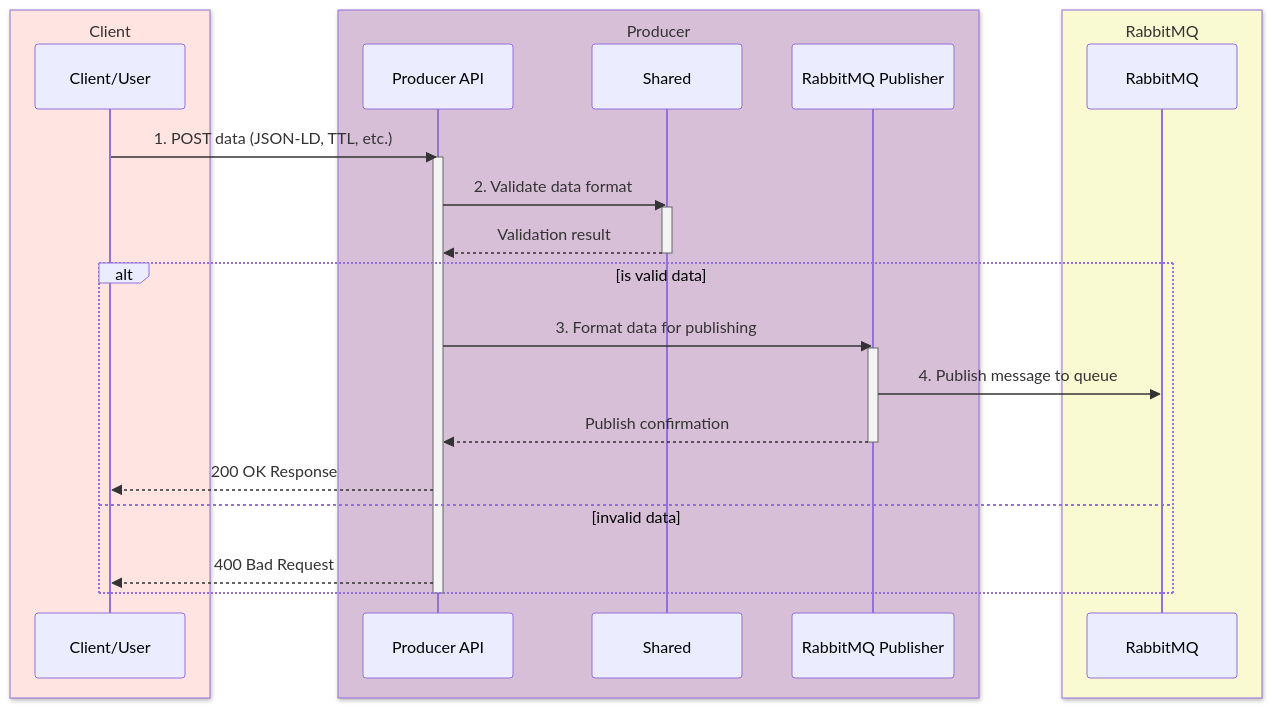
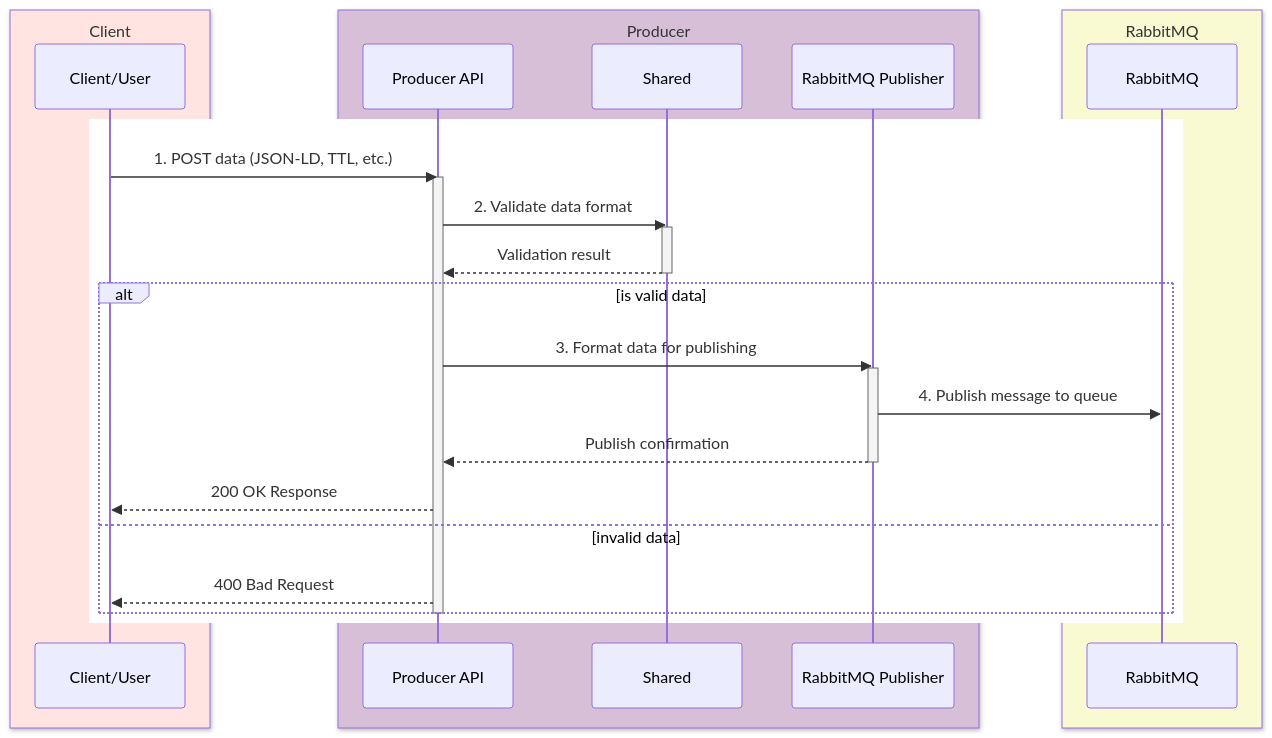
One commit to sensein/brainkbdocs changed the first of 2 diagrams in docs/ingestion_service.md. Above: the diagram before and after it, drawn with Mermaid. The commit also changed other lines of this file, not shown here.

Commit message:
fixed issue: mermaid not visible in darkmode.

````diff
--- a/docs/ingestion_service.md
+++ b/docs/ingestion_service.md
@@ -29,39 +29,40 @@
 ```{mermaid}
 sequenceDiagram
-    %% Client/User on the left
+    rect rgb(255,255,255)
     box MistyRose Client
         participant Client as Client/User
     end
 
     box Thistle Producer
         participant API as Producer API
         participant Validator as  Shared
         participant Publisher as RabbitMQ Publisher
     end
 
     box LightGoldenRodYellow RabbitMQ 
         participant RabbitMQ as RabbitMQ
     end
 
     %% Client submits data
     Client->>API: 1. POST data (JSON-LD, TTL, etc.)
     activate API
     
     %% Producer service validates and publishes
     API->>Validator: 2. Validate data format
     activate Validator
     Validator-->>API: Validation result
     deactivate Validator
     
     alt is valid data
         API->>Publisher: 3. Format data for publishing
         activate Publisher
         Publisher->>RabbitMQ: 4. Publish message to queue
         Publisher-->>API: Publish confirmation
         deactivate Publisher
         API-->>Client: 200 OK Response
     else invalid data
         API-->>Client: 400 Bad Request
     end
     deactivate API
+    end
 ```
````
